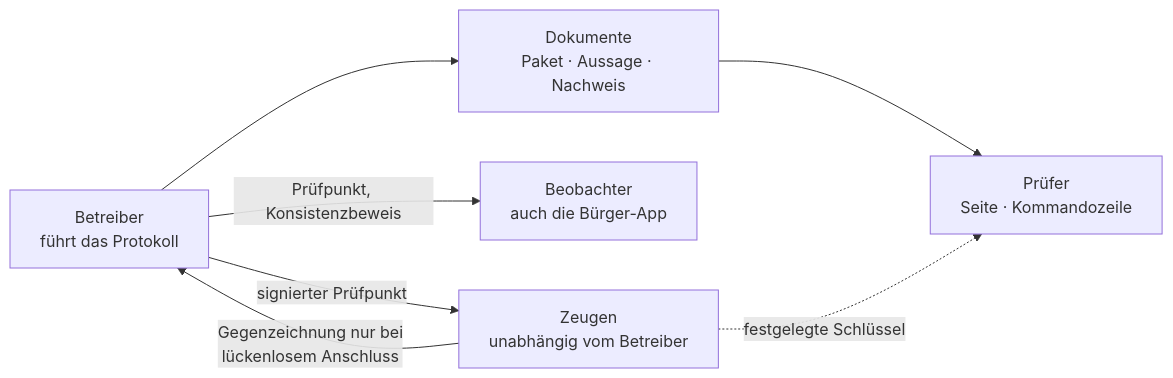
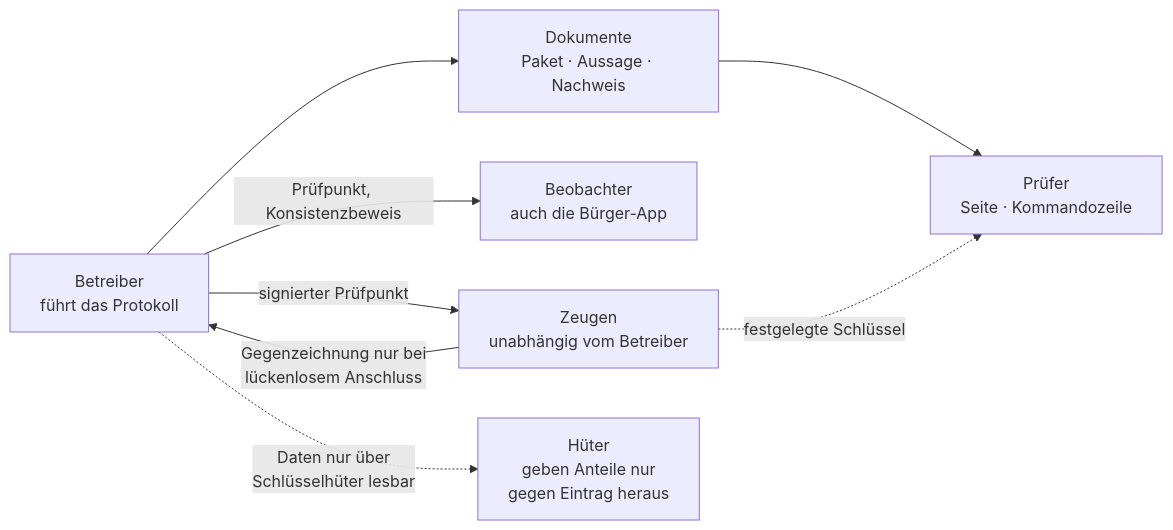
Before and after one commit to defconder/pruefer: the diagram in README.md, drawn with Mermaid. The commit also changed other lines of this file and 63 other files, not shown here.

First line of the commit message:
Prüfer 0.4.0: hashbasierte Signatur, Zeitbeweis, Stichprobe, Freigabe gegen Eintrag

````diff
--- a/README.md
+++ b/README.md
@@ -70,9 +78,10 @@
 ```mermaid
 flowchart LR
     B["Betreiber<br/>führt das Protokoll"] -->|"signierter Prüfpunkt"| Z["Zeugen<br/>unabhängig vom Betreiber"]
     Z -->|"Gegenzeichnung nur bei<br/>lückenlosem Anschluss"| B
     B -->|"Prüfpunkt, Konsistenzbeweis"| O["Beobachter<br/>auch die Bürger-App"]
     B --> D["Dokumente<br/>Paket · Aussage · Nachweis"]
     D --> P["Prüfer<br/>Seite · Kommandozeile"]
     Z -. "festgelegte Schlüssel" .-> P
+    B -. "Daten nur über<br/>Schlüsselhüter lesbar" .-> H["Hüter<br/>geben Anteile nur<br/>gegen Eintrag heraus"]
 ```
````
